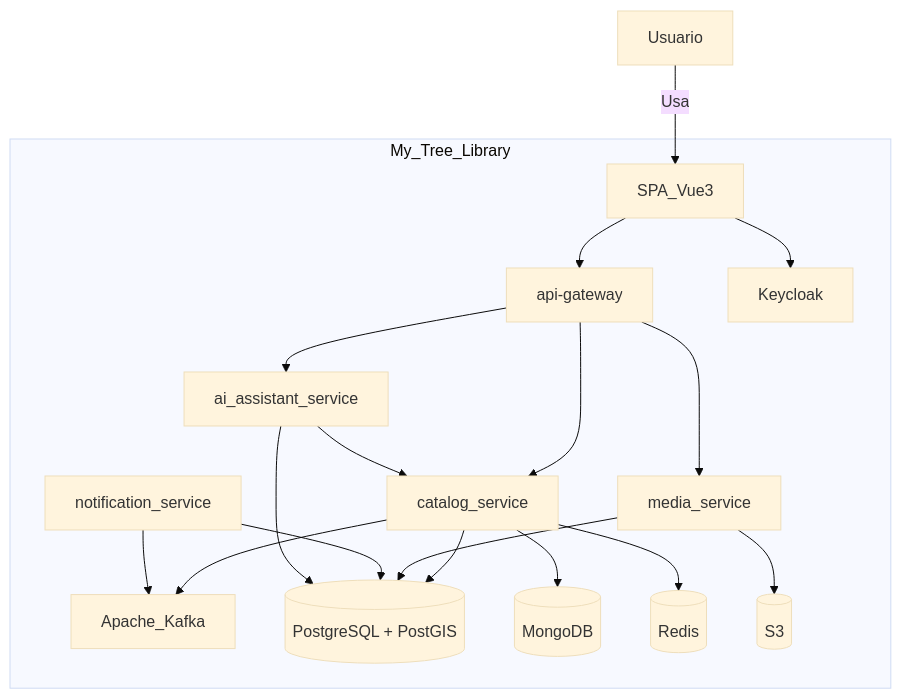
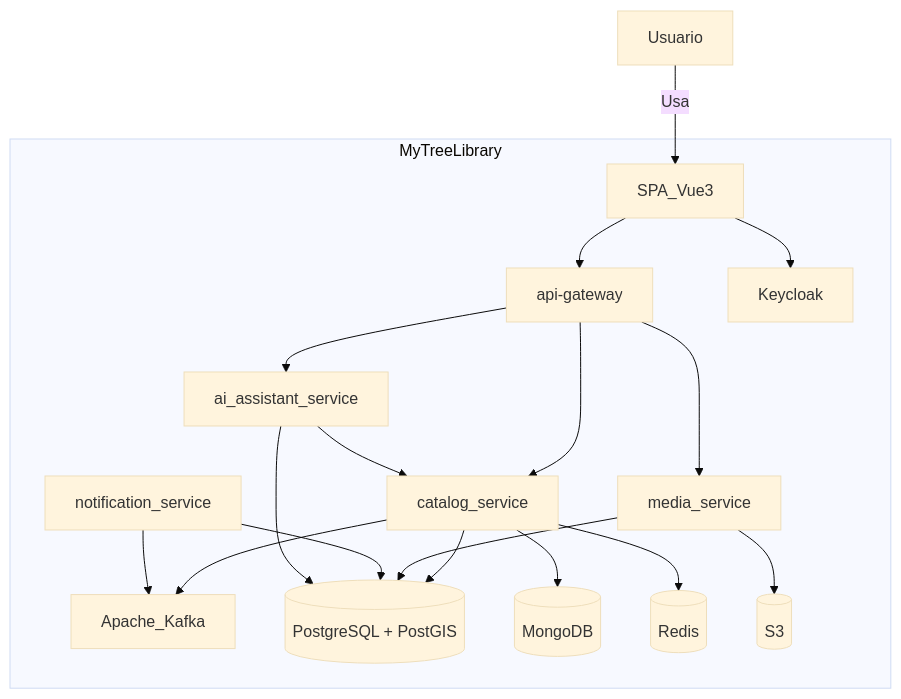
The second of 13 diagrams in readme.md (LIDR-academy/AI4Devs-finalproject), drawn with Mermaid (base theme) before and after one commit. The commit also changed other lines of this file and 32 other files, not shown here.

````diff
--- a/readme.md
+++ b/readme.md
@@ -124,35 +128,35 @@
 ```mermaid
 flowchart TB
-  subgraph mtl [My_Tree_Library]
+  subgraph mtl [MyTreeLibrary]
     SPA[SPA_Vue3]
     GW[api-gateway]
     KC[Keycloak]
     CAT[catalog_service]
     MED[media_service]
     NOT[notification_service]
     AIS[ai_assistant_service]
     K[Apache_Kafka]
     PG[(PostgreSQL + PostGIS)]
     MG[(MongoDB)]
     RD[(Redis)]
     OBJ[(S3)]
   end
   U[Usuario] -->|Usa| SPA
   SPA --> GW
   SPA --> KC
   GW --> CAT
   GW --> MED
   GW --> AIS
   CAT --> PG
   CAT --> RD
   CAT --> K
   CAT --> MG
   MED --> PG
   MED --> OBJ
   NOT --> PG
   NOT --> K
   AIS --> PG
   AIS --> CAT
 
 
 ```
````
